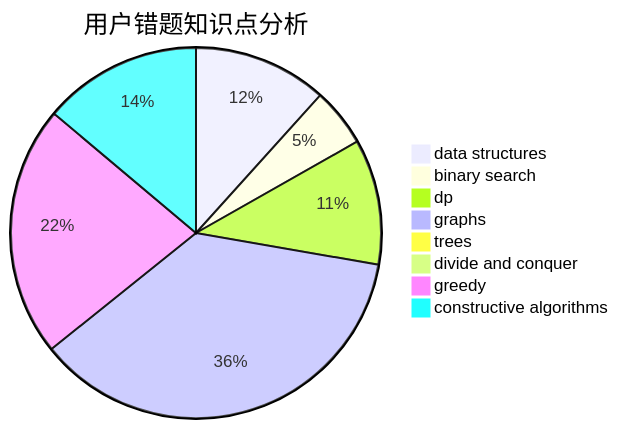
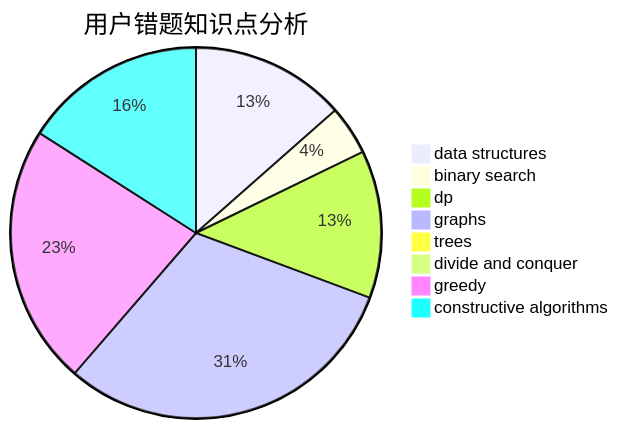
One commit to sherpahu/cfrs.github.io changed the third of 3 diagrams in docs/user/u1480.md. Above: the diagram before and after it, drawn with Mermaid. The commit also changed other lines of this file and 2770 other files, not shown here.

````diff
--- a/docs/user/u1480.md
+++ b/docs/user/u1480.md
@@ -36,11 +36,11 @@
 ```mermaid
 pie title 用户错题知识点分析
-    "data structures" :  16
+    "data structures" :  22
     "binary search" :  7
-    "dp" :  15
+    "dp" :  21
     "graphs" :  50
     "trees" :  0
     "divide and conquer" :  0
-    "greedy" :  30
-    "constructive algorithms" :  19
+    "greedy" :  37
+    "constructive algorithms" :  26
 ```
````
